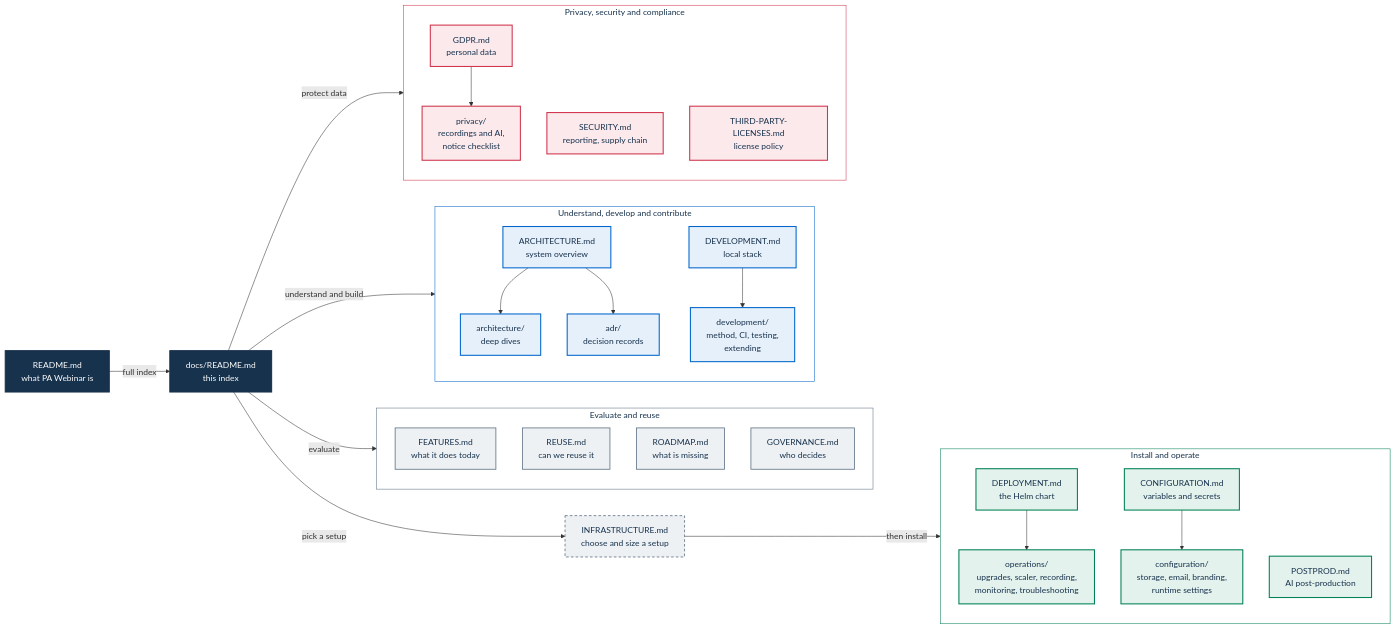
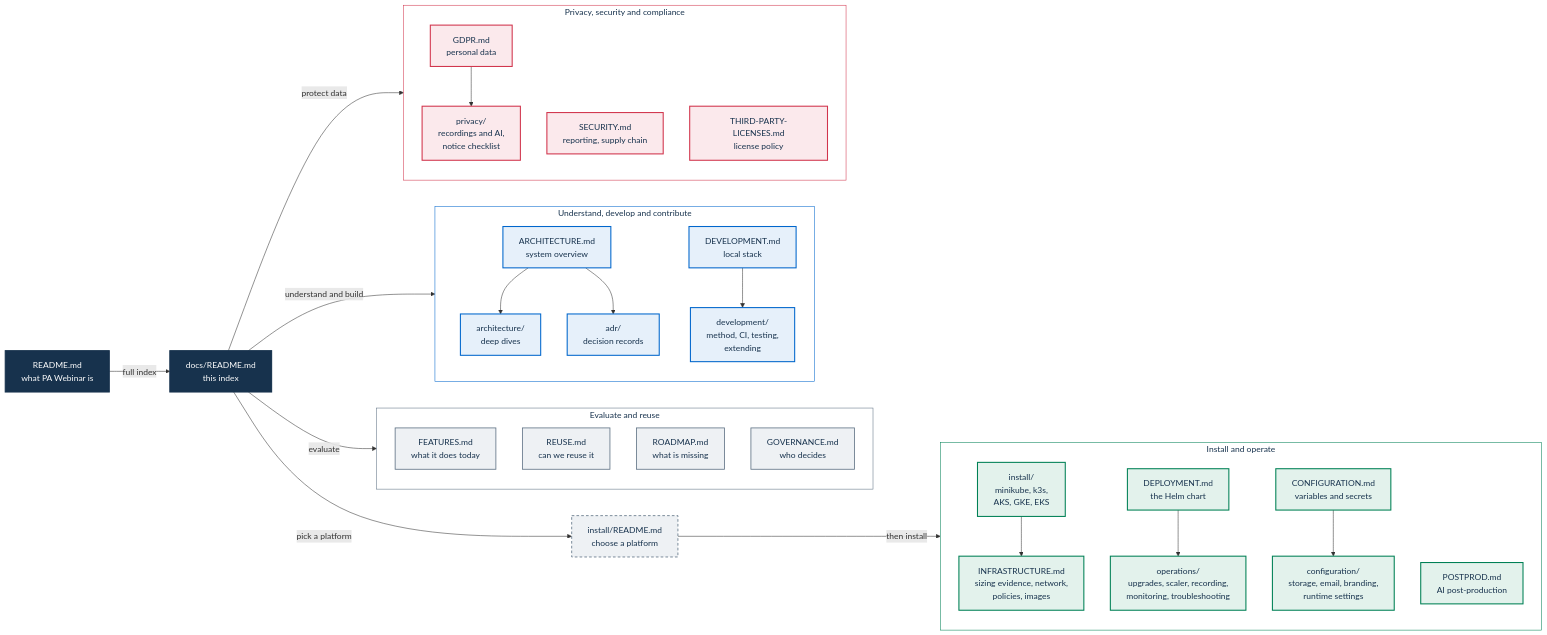
Before and after one commit to italia/pa-webinar: the diagram in docs/README.md, drawn with Mermaid. The commit also changed other lines of this file and 51 other files, not shown here.

````diff
--- a/docs/README.md
+++ b/docs/README.md
@@ -16,67 +16,70 @@
 ```mermaid
 flowchart LR
   ROOT["README.md<br/>what PA Webinar is"]:::emph
   HUB["docs/README.md<br/>this index"]:::emph
   ROOT -->|"full index"| HUB
 
   subgraph EVAL["Evaluate and reuse"]
     direction TB
     FEAT["FEATURES.md<br/>what it does today"]:::ext
     REUSE["REUSE.md<br/>can we reuse it"]:::ext
     ROAD["ROADMAP.md<br/>what is missing"]:::ext
     GOV["GOVERNANCE.md<br/>who decides"]:::ext
   end
 
-  INFRA["INFRASTRUCTURE.md<br/>choose and size a setup"]:::ext
+  INST["install/README.md<br/>choose a platform"]:::ext
 
   subgraph OPS["Install and operate"]
     direction TB
+    INSTD["install/<br/>minikube, k3s,<br/>AKS, GKE, EKS"]:::data
+    INFRA["INFRASTRUCTURE.md<br/>sizing evidence, network,<br/>policies, images"]:::data
     DEP["DEPLOYMENT.md<br/>the Helm chart"]:::data
     OPSD["operations/<br/>upgrades, scaler, recording,<br/>monitoring, troubleshooting"]:::data
     CONF["CONFIGURATION.md<br/>variables and secrets"]:::data
     CONFD["configuration/<br/>storage, email, branding,<br/>runtime settings"]:::data
     POST["POSTPROD.md<br/>AI post-production"]:::data
   end
 
   subgraph BUILD["Understand, develop and contribute"]
     direction TB
     ARCH["ARCHITECTURE.md<br/>system overview"]:::portal
     ARCHD["architecture/<br/>deep dives"]:::portal
     ADR["adr/<br/>decision records"]:::portal
     DEVP["DEVELOPMENT.md<br/>local stack"]:::portal
     DEVD["development/<br/>method, CI, testing,<br/>extending"]:::portal
   end
 
   subgraph PRIV["Privacy, security and compliance"]
     direction TB
     GDPR["GDPR.md<br/>personal data"]:::risk
     PRIVD["privacy/<br/>recordings and AI,<br/>notice checklist"]:::risk
     SEC["SECURITY.md<br/>reporting, supply chain"]:::risk
     LIC["THIRD-PARTY-LICENSES.md<br/>license policy"]:::risk
   end
 
   HUB -->|"evaluate"| EVAL
-  HUB -->|"pick a setup"| INFRA
-  INFRA -->|"then install"| OPS
+  HUB -->|"pick a platform"| INST
+  INST -->|"then install"| OPS
   HUB -->|"understand and build"| BUILD
   HUB -->|"protect data"| PRIV
 
+  INSTD --> INFRA
   DEP --> OPSD
   CONF --> CONFD
   ARCH --> ARCHD
   ARCH --> ADR
   DEVP --> DEVD
   GDPR --> PRIVD
 
   classDef emph fill:#17324D,stroke:#17324D,stroke-width:2px,color:#FFFFFF
   classDef ext fill:#EEF1F4,stroke:#5C6F82,stroke-width:1.5px,color:#17324D
   classDef data fill:#E3F2EC,stroke:#008055,stroke-width:2px,color:#17324D
   classDef portal fill:#E6F0FA,stroke:#0066CC,stroke-width:2px,color:#17324D
   classDef risk fill:#FBE9EC,stroke:#D1344C,stroke-width:2px,color:#17324D
   classDef optional stroke-dasharray:5 4
-  class INFRA optional
+  class INST optional
   style EVAL fill:#FFFFFF,stroke:#5C6F82,color:#17324D
   style OPS fill:#FFFFFF,stroke:#008055,color:#17324D
   style BUILD fill:#FFFFFF,stroke:#0066CC,color:#17324D
   style PRIV fill:#FFFFFF,stroke:#D1344C,color:#17324D
 ```
````
